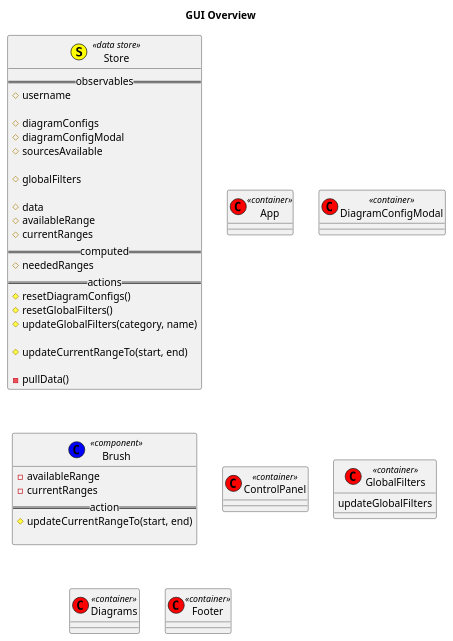
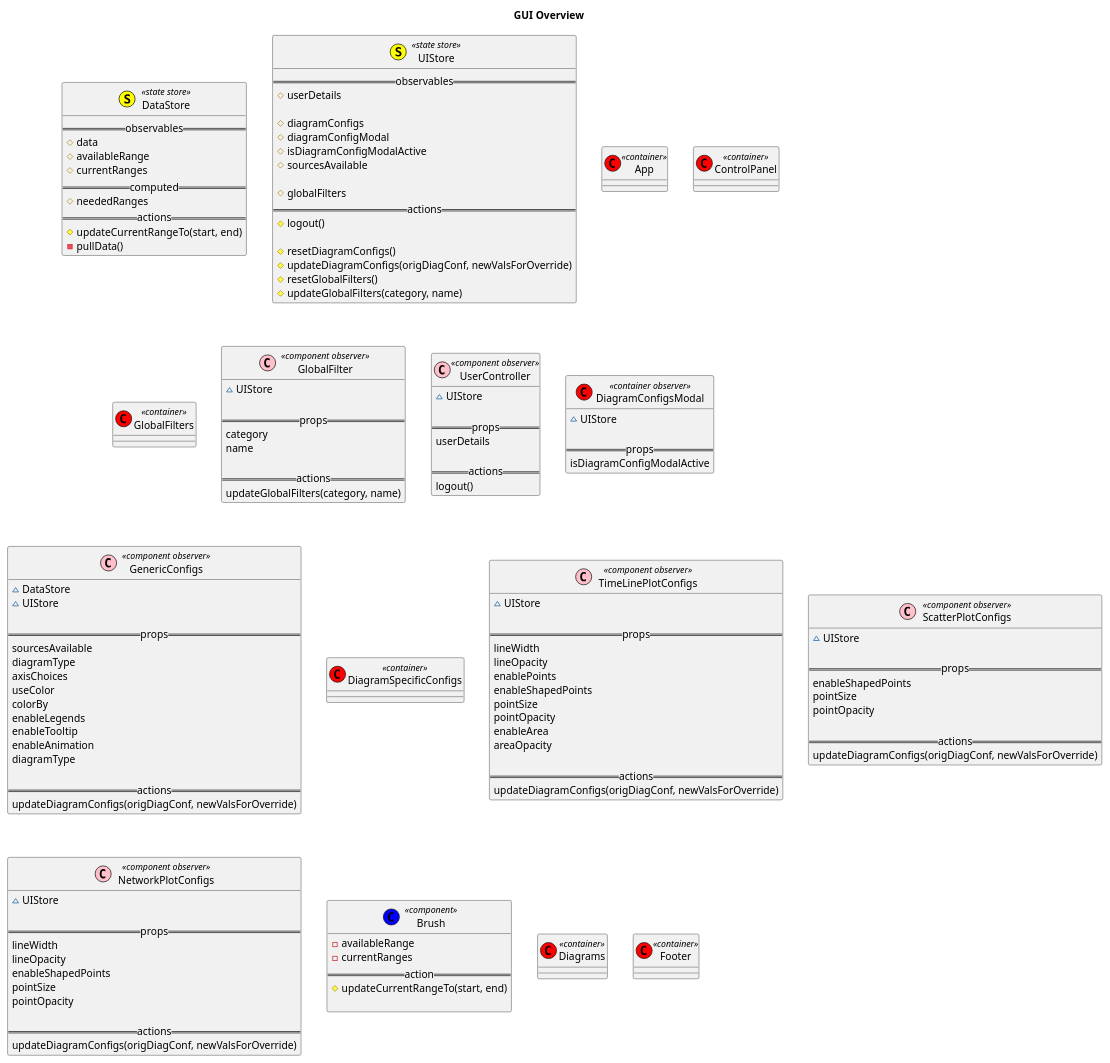
Before and after one commit to hexrcs/frontend-demo: the diagram in docs/diagrams/src/overview.wsd, drawn with PlantUML.

Commit message:
WIP class diagram

```diff
--- a/docs/diagrams/src/overview.wsd
+++ b/docs/diagrams/src/overview.wsd
@@ -1,59 +1,154 @@
 @startuml
 title GUI Overview
 
-class Store << (S,Yellow) data store >> {
+class DataStore << (S,Yellow) state store >> {
   ==observables==
-  # username
-
-  # diagramConfigs
-  # diagramConfigModal
-  # sourcesAvailable
-
-  # globalFilters
-
   # data
   # availableRange
   # currentRanges
   ==computed==
   # neededRanges
   ==actions==
-  # resetDiagramConfigs()
-  # resetGlobalFilters()
-  # updateGlobalFilters(category, name)
-
   # updateCurrentRangeTo(start, end)
-
   - pullData()
 }
 
-class App << (C,red) container >> {
+class UIStore << (S,Yellow) state store >> {
+  ==observables==
+  # userDetails
+
+  # diagramConfigs
+  # diagramConfigModal
+  # isDiagramConfigModalActive
+  # sourcesAvailable
+
+  # globalFilters
+  ==actions==
+  # logout()
+
+  # resetDiagramConfigs()
+  # updateDiagramConfigs(origDiagConf, newValsForOverride)
+  # resetGlobalFilters()
+  # updateGlobalFilters(category, name)
 }
 
-class DiagramConfigModal << (C,red) container >> {
-}
-
-class Brush << (C,blue) component observer >> {
-  - availableRange
-  - currentRanges
-  ==action==
-  # updateCurrentRangeTo(start, end)
+class App << (C,red) container >> {
 }
 
 class ControlPanel << (C,red) container >> {
 }
 
 class GlobalFilters << (C,red) container >> {
-  updateGlobalFilters
+}
+
+class GlobalFilter << (C,pink) component observer >> {
+  ~ UIStore
+
+  ==props==
+  category
+  name
+
+  ==actions==
+  updateGlobalFilters(category, name)
+}
+
+class UserController << (C,pink) component observer >> {
+  ~ UIStore
+
+  ==props==
+  userDetails
+
+  ==actions==
+  logout()
+}
+
+class DiagramConfigsModal << (C,red) container observer >> {
+  ~ UIStore
+
+  ==props==
+  isDiagramConfigModalActive
+}
+
+class GenericConfigs << (C,pink) component observer >> {
+  ~ DataStore
+  ~ UIStore
+
+  ==props==
+  sourcesAvailable
+  diagramType
+  axisChoices
+  useColor
+  colorBy
+  enableLegends
+  enableTooltip
+  enableAnimation
+  diagramType
+
+  ==actions==
+  updateDiagramConfigs(origDiagConf, newValsForOverride)
+}
+
+class DiagramSpecificConfigs << (C,red) container >> {
+}
+
+class TimeLinePlotConfigs  << (C,pink) component observer >> {
+  ~ UIStore
+
+  ==props==
+  lineWidth
+  lineOpacity
+  enablePoints
+  enableShapedPoints
+  pointSize
+  pointOpacity
+  enableArea
+  areaOpacity
+
+  ==actions==
+  updateDiagramConfigs(origDiagConf, newValsForOverride)
+}
+
+class ScatterPlotConfigs  << (C,pink) component observer >> {
+  ~ UIStore
+
+  ==props==
+  enableShapedPoints
+  pointSize
+  pointOpacity
+
+  ==actions==
+  updateDiagramConfigs(origDiagConf, newValsForOverride)
+}
+
+class NetworkPlotConfigs  << (C,pink) component observer >> {
+  ~ UIStore
+
+  ==props==
+  lineWidth
+  lineOpacity
+  enableShapedPoints
+  pointSize
+  pointOpacity
+
+  ==actions==
+  updateDiagramConfigs(origDiagConf, newValsForOverride)
+}
+
+class Brush << (C,pink) component observer >> {
+  - availableRange
+  - currentRanges
+  ==action==
+  # updateCurrentRangeTo(start, end)
 }
 
 class Diagrams << (C,red) container >> {
 }
 
 class Footer << (C,red) container >> {
 }
 
 class Brush << (C,blue) component >> {
 
 }
 
 @enduml
```
